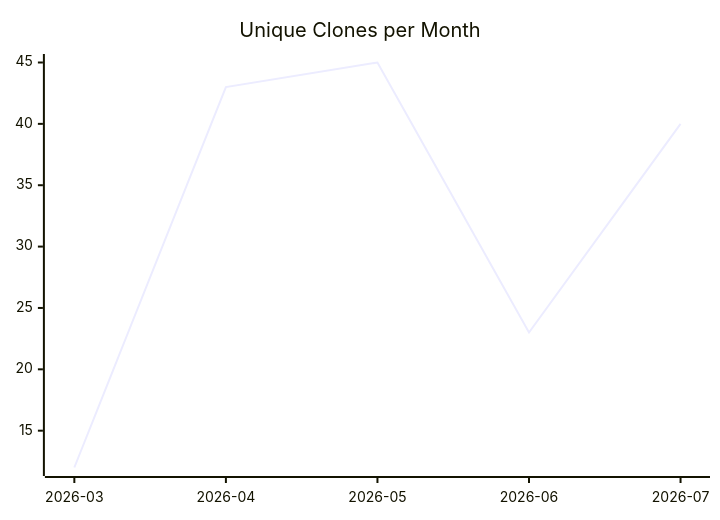
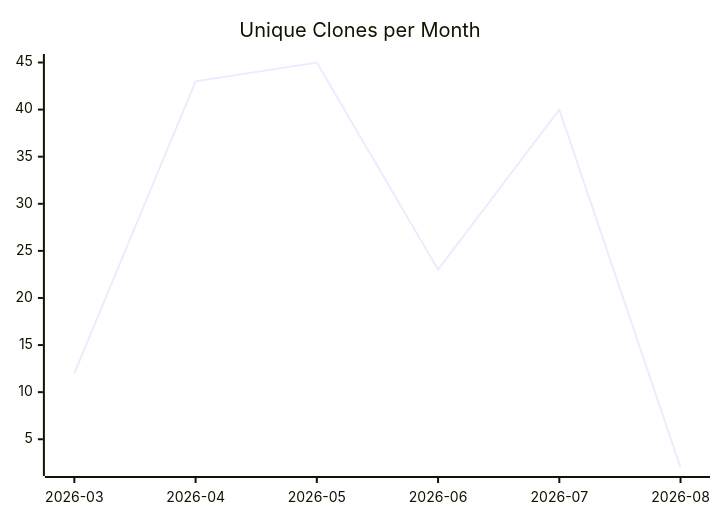
One commit to justdavis-family/github-analytics-data changed the third of 3 diagrams in karlmdavis/ksoap2-android/README.md. Above: the diagram before and after it, drawn with Mermaid. The commit also changed other lines of this file and 180 other files, not shown here.

````diff
--- a/karlmdavis/ksoap2-android/README.md
+++ b/karlmdavis/ksoap2-android/README.md
@@ -19,6 +19,6 @@
 ```mermaid
 xychart-beta
   title "Unique Clones per Month"
-  x-axis ["2026-03", "2026-04", "2026-05", "2026-06", "2026-07"]
-  line [12, 43, 45, 23, 40]
+  x-axis ["2026-03", "2026-04", "2026-05", "2026-06", "2026-07", "2026-08"]
+  line [12, 43, 45, 23, 40, 2]
 ```
````
